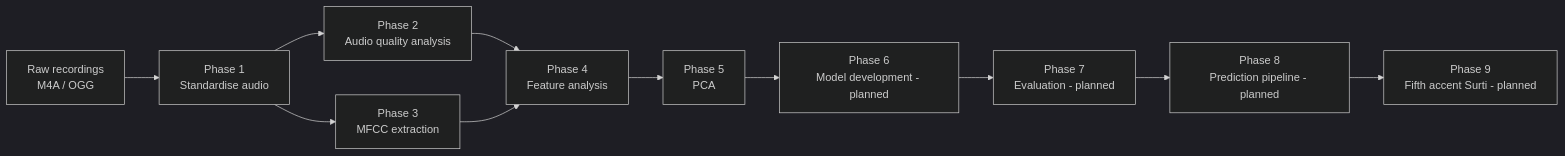
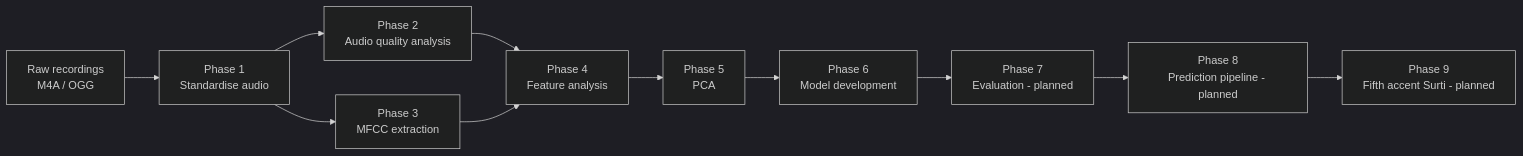
Before and after one commit to pri-2711/GAC: the diagram in README.md, drawn with Mermaid (dark theme). The commit also changed other lines of this file and 297 other files, not shown here.

````diff
--- a/README.md
+++ b/README.md
@@ -88,13 +90,13 @@
 ```mermaid
 flowchart LR
     A[Raw recordings<br/>M4A / OGG] --> P1[Phase 1<br/>Standardise audio]
     P1 --> P2[Phase 2<br/>Audio quality analysis]
     P1 --> P3[Phase 3<br/>MFCC extraction]
     P2 --> P4[Phase 4<br/>Feature analysis]
     P3 --> P4
     P4 --> P5[Phase 5<br/>PCA]
-    P5 --> P6[Phase 6<br/>Model development - planned]
+    P5 --> P6[Phase 6<br/>Model development]
     P6 --> P7[Phase 7<br/>Evaluation - planned]
     P7 --> P8[Phase 8<br/>Prediction pipeline - planned]
     P8 --> P9[Phase 9<br/>Fifth accent Surti - planned]
 ```
````
